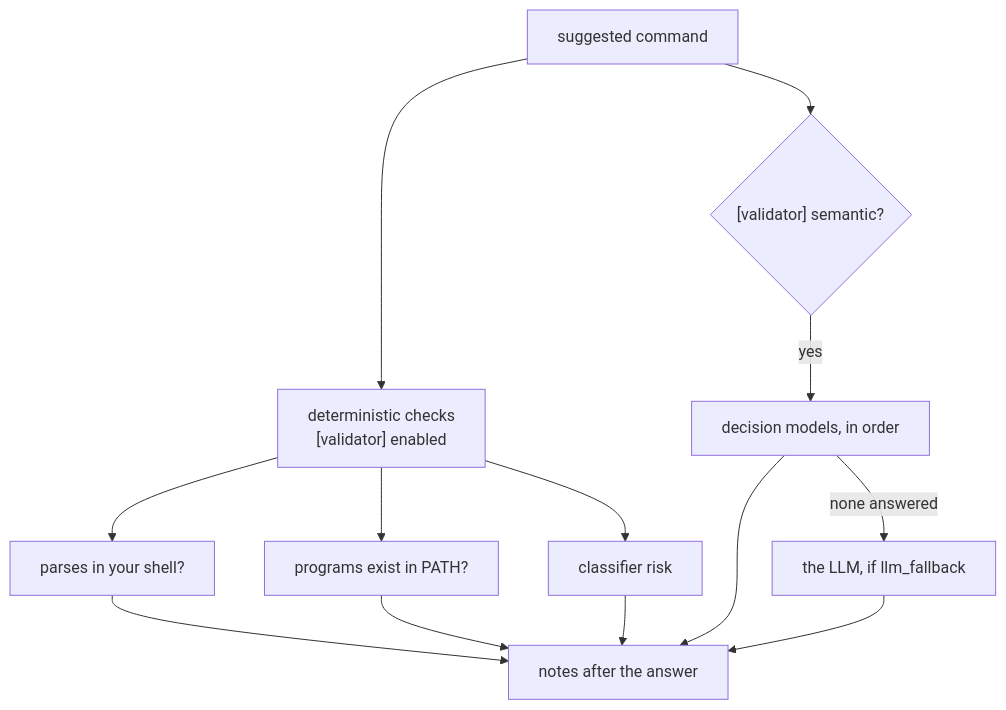
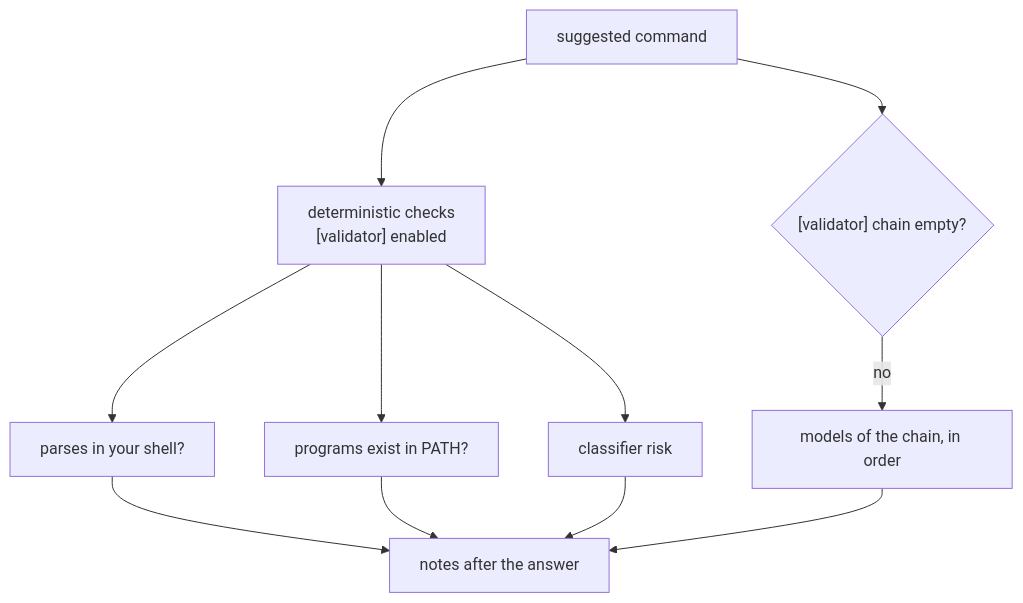
One commit to paulomenin/shellmate changed the first of 2 diagrams in website/src/content/docs/docs/concepts/command-checks.md. Above: the diagram before and after it, drawn with Mermaid. The commit also changed other lines of this file and 16 other files, not shown here.

````diff
--- a/website/src/content/docs/docs/concepts/command-checks.md
+++ b/website/src/content/docs/docs/concepts/command-checks.md
@@ -10,15 +10,13 @@
 ```mermaid
 flowchart TD
     cmd["suggested command"] --> det["deterministic checks<br/>[validator] enabled"]
     det --> syn["parses in your shell?"]
     det --> prog["programs exist in PATH?"]
     det --> risk["classifier risk"]
-    cmd --> sem{"[validator] semantic?"}
-    sem -- "yes" --> dec["decision models, in order"]
-    dec -- "none answered" --> llm["the LLM, if llm_fallback"]
+    cmd --> sem{"[validator] chain empty?"}
+    sem -- "no" --> dec["models of the chain, in order"]
     syn --> notes["notes after the answer"]
     prog --> notes
     risk --> notes
     dec --> notes
-    llm --> notes
 ```
````
